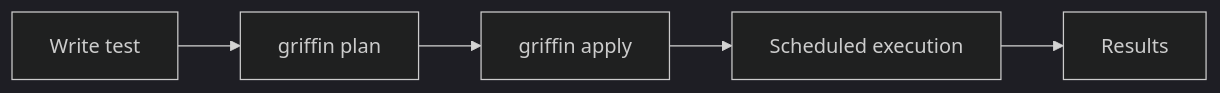
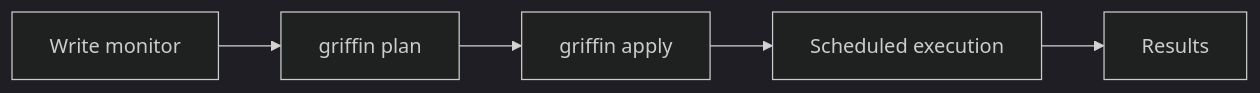
Before and after one commit to griffin-open-source/docs: the diagram in platform/monitors.mdx, drawn with Mermaid (dark theme). The commit also changed other lines of this file and 34 other files, not shown here.

````diff
--- a/platform/monitors.mdx
+++ b/platform/monitors.mdx
@@ -10,4 +10,4 @@
 ```mermaid
 flowchart LR
-    A["Write test"] --> B["griffin plan"] --> C["griffin apply"] --> D["Scheduled execution"] --> E["Results"]
+    A["Write monitor"] --> B["griffin plan"] --> C["griffin apply"] --> D["Scheduled execution"] --> E["Results"]
 ```
````
